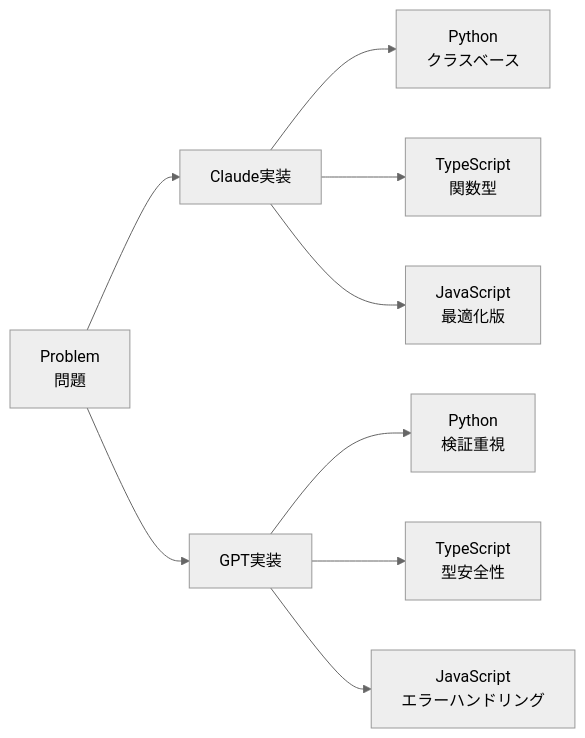
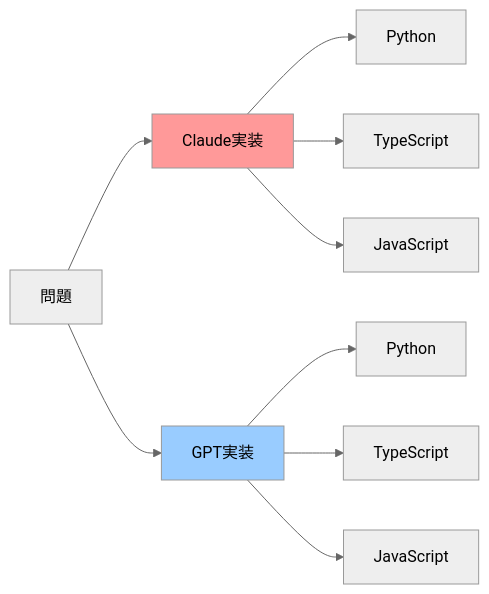
The second of 8 diagrams in README.md (myoshi2891/Algorithm-DataStructures-Math-SQL), drawn with Mermaid (neutral theme) before and after one commit. The commit also changed other lines of this file, not shown here.

````diff
--- a/README.md
+++ b/README.md
@@ -66,18 +59,16 @@
 ```mermaid
 graph LR
-    Problem[Problem<br/>問題]
-
-    Claude[Claude実装]
-    GPT[GPT実装]
-
-    Problem --> Claude
-    Problem --> GPT
-
-    Claude --> CPython[Python<br/>クラスベース]
-    Claude --> CTS[TypeScript<br/>関数型]
-    Claude --> CJS[JavaScript<br/>最適化版]
-
-    GPT --> GPython[Python<br/>検証重視]
-    GPT --> GTS[TypeScript<br/>型安全性]
-    GPT --> GJS[JavaScript<br/>エラーハンドリング]
+    A[問題] --> B[Claude実装]
+    A --> C[GPT実装]
+    
+    B --> B1[Python]
+    B --> B2[TypeScript]
+    B --> B3[JavaScript]
+    
+    C --> C1[Python]
+    C --> C2[TypeScript]
+    C --> C3[JavaScript]
+    
+    style B fill:#ff9999
+    style C fill:#99ccff
 ```
````
